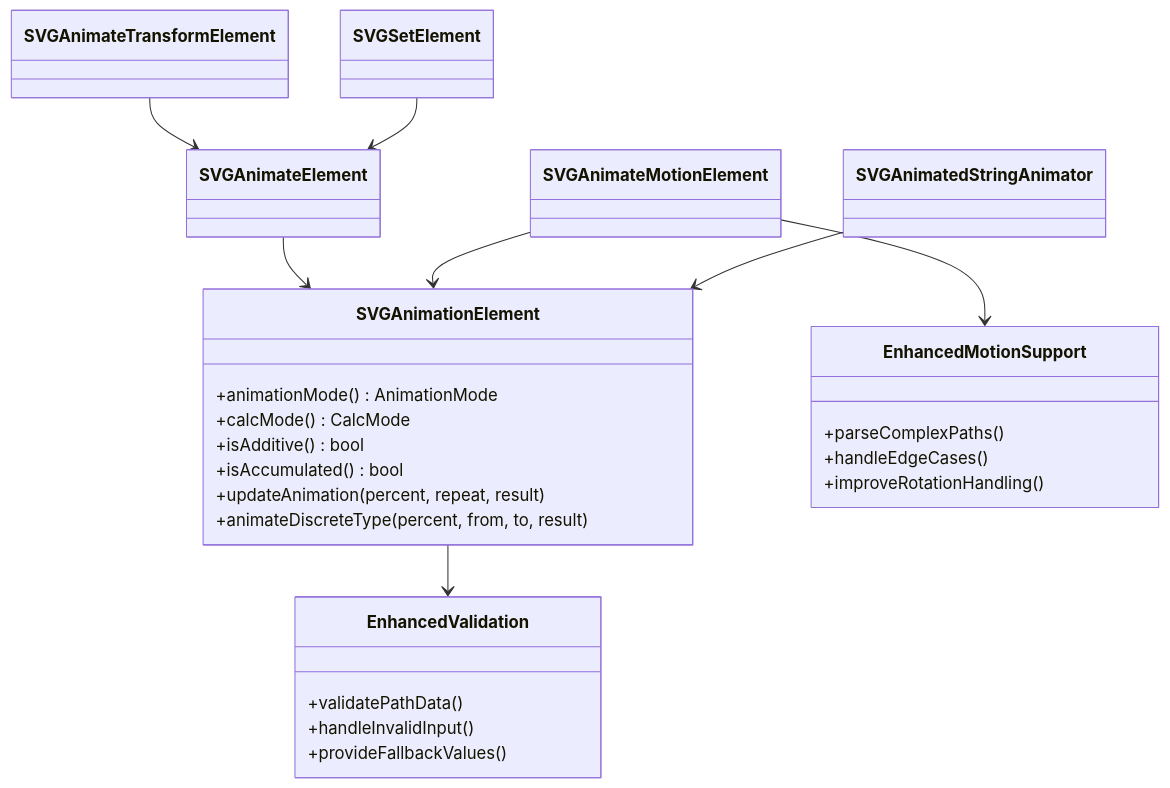
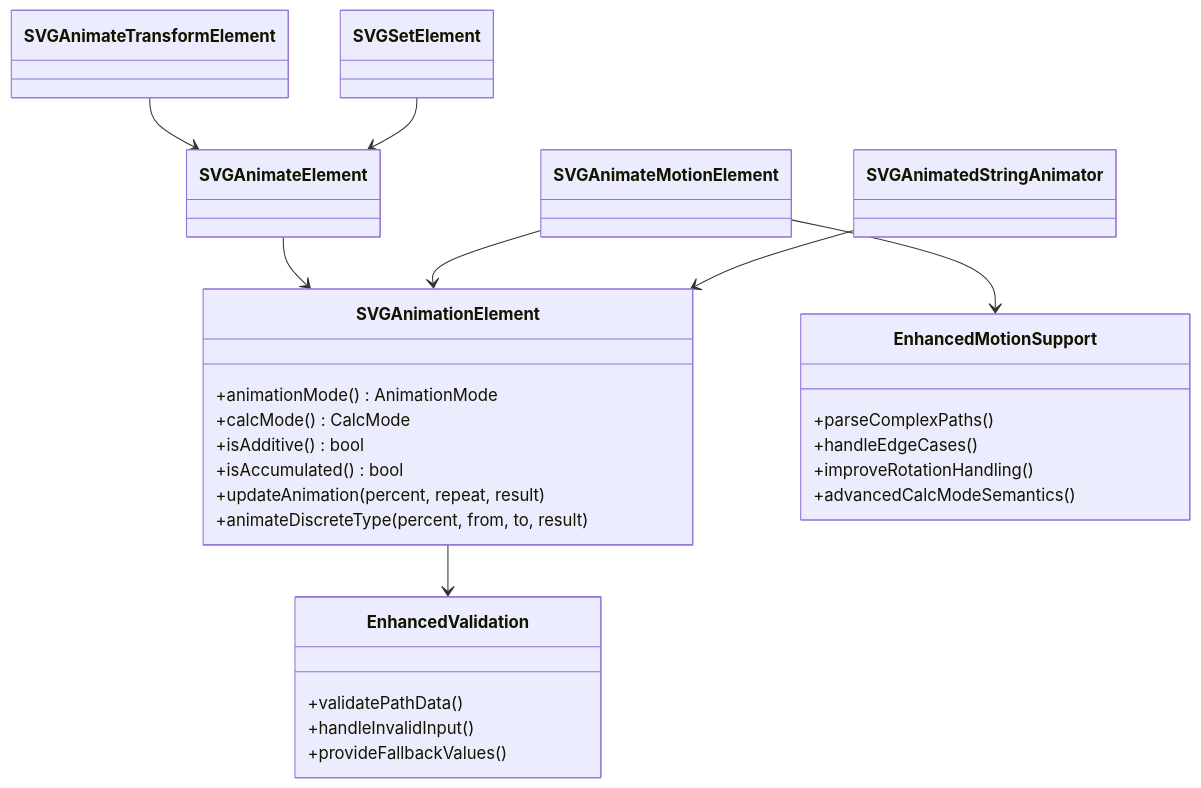
Before and after one commit to denisnadey/flutter_full_svg_support: the sixth of 12 diagrams in .qoder/repowiki/en/content/Animated SVG Support/SMIL Animation Specification/SMIL Animation Specification.md, drawn with Mermaid. The commit also changed other lines of this file and 18 other files, not shown here.

First line of the commit message:
feat(smil): enhance animation runtime with discrete calcMode and motion path improvements

````diff
--- a/.qoder/repowiki/en/content/Animated SVG Support/SMIL Animation Specification/SMIL Animation Specification.md
+++ b/.qoder/repowiki/en/content/Animated SVG Support/SMIL Animation Specification/SMIL Animation Specification.md
@@ -355,28 +378,29 @@
 ```mermaid
 classDiagram
 class SVGAnimationElement {
 +animationMode() AnimationMode
 +calcMode() CalcMode
 +isAdditive() bool
 +isAccumulated() bool
 +updateAnimation(percent, repeat, result)
 +animateDiscreteType(percent, from, to, result)
 }
 class EnhancedValidation {
 +validatePathData()
 +handleInvalidInput()
 +provideFallbackValues()
 }
 class EnhancedMotionSupport {
 +parseComplexPaths()
 +handleEdgeCases()
 +improveRotationHandling()
++advancedCalcModeSemantics()
 }
 SVGAnimateElement --> SVGAnimationElement
 SVGAnimateTransformElement --> SVGAnimateElement
 SVGAnimateMotionElement --> SVGAnimationElement
 SVGSetElement --> SVGAnimateElement
 SVGAnimatedStringAnimator --> SVGAnimationElement
 SVGAnimationElement --> EnhancedValidation
 SVGAnimateMotionElement --> EnhancedMotionSupport
 ```
````
